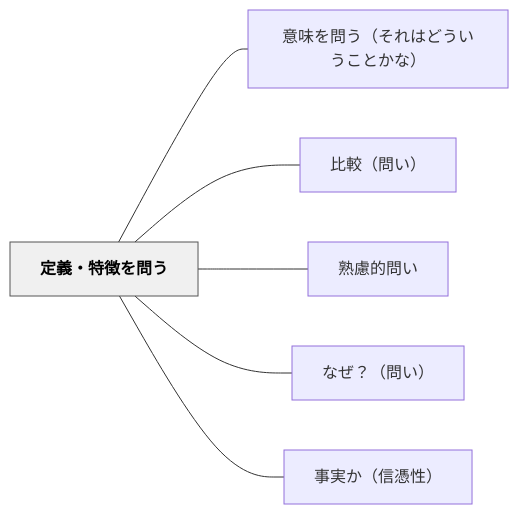
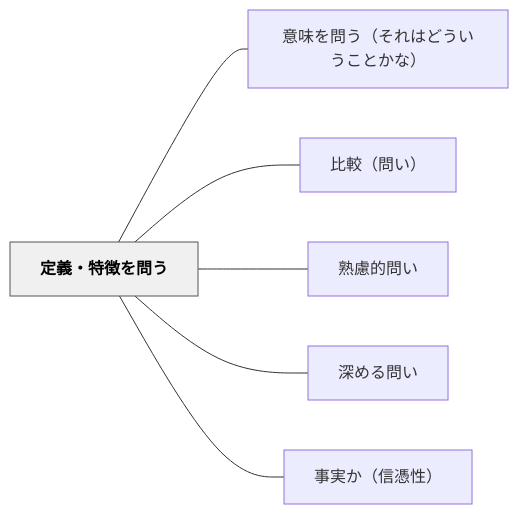
The diagram in content/パタン/定義・特徴を問う.md (unknownthings-ed-patterns/unknownthings-ed-patterns), drawn with Mermaid before and after one commit. The commit also changed other lines of this file and 37 other files, not shown here.

````diff
--- a/content/パタン/定義・特徴を問う.md
+++ b/content/パタン/定義・特徴を問う.md
@@ -42,18 +44,18 @@
 ```mermaid
 flowchart LR
     ne5ae9ae7bea9e383bbe789b9e5beb4e38292e5958fe38186["定義・特徴を問う"]
     ne6848fe591b3e38292e5958fe38186efbc88e3819de3828ce381afe381a9e38186e38184e38186e38193e381a8e3818be381aaefbc89["意味を問う（それはどういうことかな）"]
     ne6af94e8bc83efbc88e5958fe38184efbc89["比較（問い）"]
     ne7869fe685aee79a84e5958fe38184["熟慮的問い"]
-    ne381aae3819cefbc9fefbc88e5958fe38184efbc89["なぜ？（問い）"]
+    ne6b7b1e38281e3828be5958fe38184["深める問い"]
     ne4ba8be5ae9fe3818befbc88e4bfa1e68691e680a7efbc89["事実か（信憑性）"]
 
     ne5ae9ae7bea9e383bbe789b9e5beb4e38292e5958fe38186 --- ne6848fe591b3e38292e5958fe38186efbc88e3819de3828ce381afe381a9e38186e38184e38186e38193e381a8e3818be381aaefbc89
     ne5ae9ae7bea9e383bbe789b9e5beb4e38292e5958fe38186 --- ne6af94e8bc83efbc88e5958fe38184efbc89
     ne5ae9ae7bea9e383bbe789b9e5beb4e38292e5958fe38186 --- ne7869fe685aee79a84e5958fe38184
-    ne5ae9ae7bea9e383bbe789b9e5beb4e38292e5958fe38186 --- ne381aae3819cefbc9fefbc88e5958fe38184efbc89
+    ne5ae9ae7bea9e383bbe789b9e5beb4e38292e5958fe38186 --- ne6b7b1e38281e3828be5958fe38184
     ne5ae9ae7bea9e383bbe789b9e5beb4e38292e5958fe38186 --- ne4ba8be5ae9fe3818befbc88e4bfa1e68691e680a7efbc89
 
     classDef hub fill:#f0f0f0,stroke:#555,color:#000,font-weight:bold
     class ne5ae9ae7bea9e383bbe789b9e5beb4e38292e5958fe38186 hub
 ```
````
